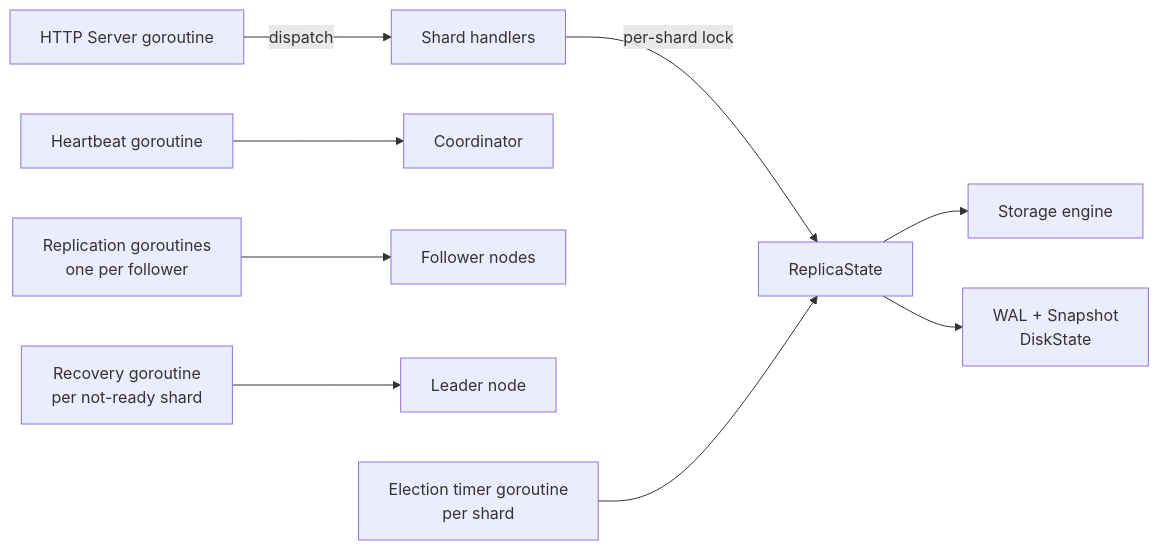
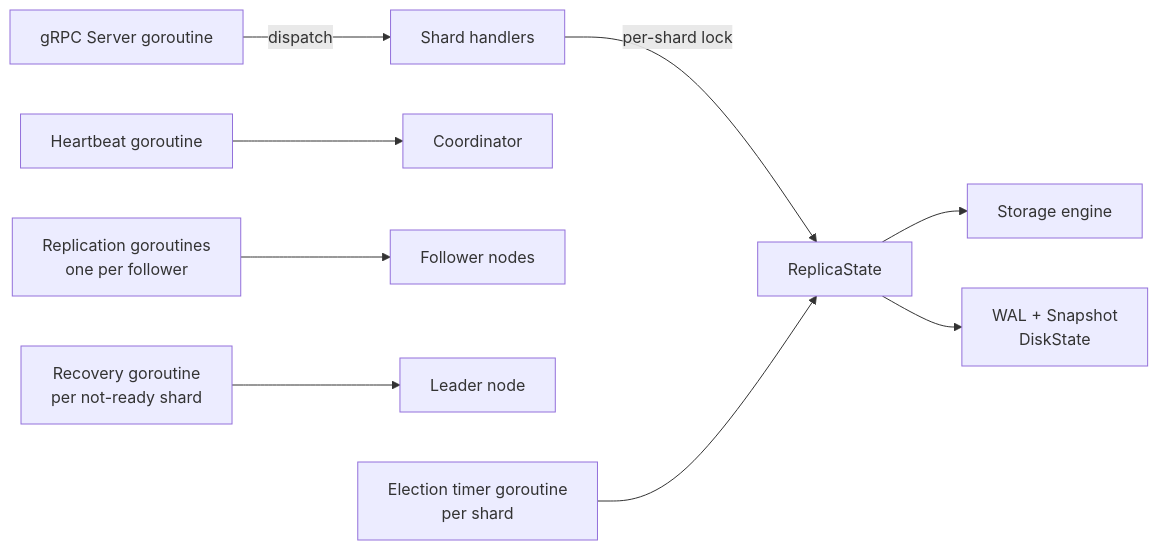
Before and after one commit to davecarr1024/doki: diagram 16 of 17 in docs/architecture.md, drawn with Mermaid. The commit also changed other lines of this file and 7 other files, not shown here.

Commit message:
Update docs for gRPC surface and roadmap

````diff
--- a/docs/architecture.md
+++ b/docs/architecture.md
@@ -415,11 +416,11 @@
 ```mermaid
 graph LR
-    GS[HTTP Server goroutine] --> |dispatch| SH[Shard handlers]
+    GS[gRPC Server goroutine] --> |dispatch| SH[Shard handlers]
     SH --> |per-shard lock| RS[ReplicaState]
     HR[Heartbeat goroutine] --> CO[Coordinator]
     RP[Replication goroutines\none per follower] --> FN[Follower nodes]
     RC[Recovery goroutine\nper not-ready shard] --> LN[Leader node]
     EL[Election timer goroutine\nper shard] --> RS
     RS --> KV[Storage engine]
     RS --> WL[WAL + Snapshot\nDiskState]
 ```
````
